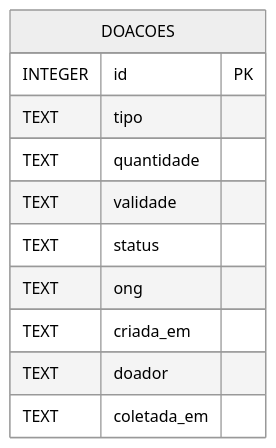
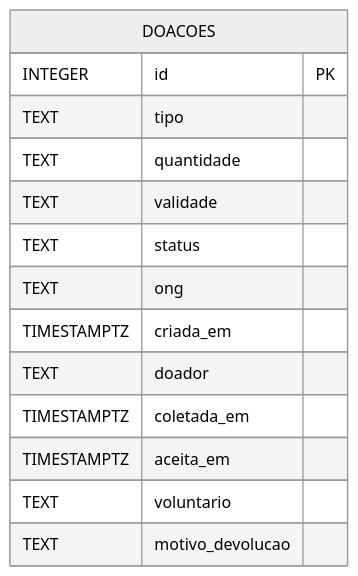
Before and after one commit to apda-agil/g1126-template-prato-cheio: the diagram in docs/diagramas/dados.md, drawn with Mermaid (neutral theme). The commit also changed 18 other files, not shown here.

````diff
--- a/docs/diagramas/dados.md
+++ b/docs/diagramas/dados.md
@@ -9,14 +9,17 @@
 ```mermaid
 erDiagram
     DOACOES {
         INTEGER id PK
         TEXT tipo
         TEXT quantidade
         TEXT validade
         TEXT status
         TEXT ong
-        TEXT criada_em
+        TIMESTAMPTZ criada_em
         TEXT doador
-        TEXT coletada_em
+        TIMESTAMPTZ coletada_em
+        TIMESTAMPTZ aceita_em
+        TEXT voluntario
+        TEXT motivo_devolucao
     }
 ```
````
